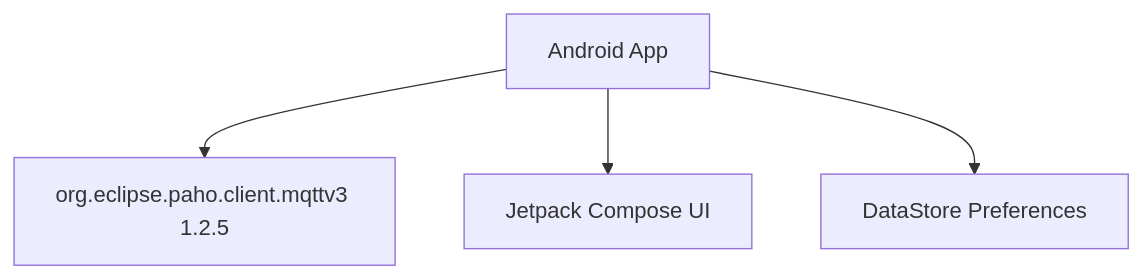
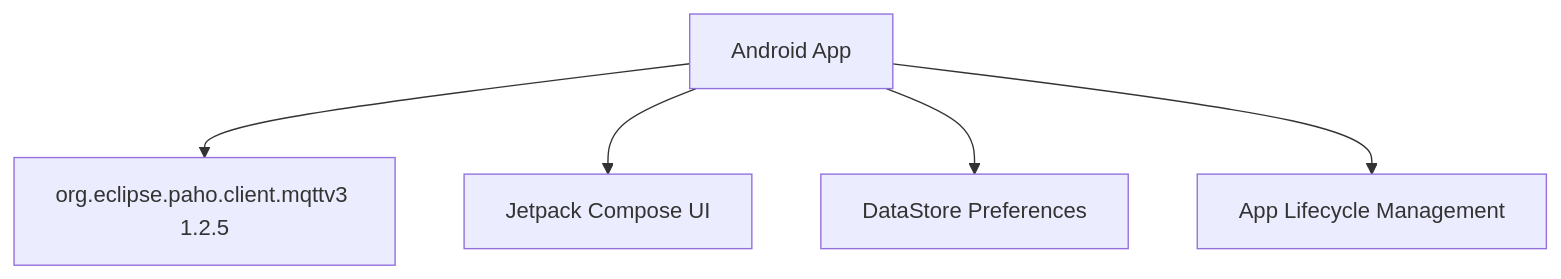
The seventh of 7 diagrams in .qoder/repowiki/en/content/Android Application/MQTT Communication Layer.md (dip16igor/Webradio), drawn with Mermaid before and after one commit. The commit also changed other lines of this file and 2 other files, not shown here.

First line of the commit message:
docs(mqtt): enhance lifecycle-aware MQTT connection management

````diff
--- a/.qoder/repowiki/en/content/Android Application/MQTT Communication Layer.md
+++ b/.qoder/repowiki/en/content/Android Application/MQTT Communication Layer.md
@@ -290,10 +329,12 @@
 ```mermaid
 graph TB
 App["Android App"]
 Paho["org.eclipse.paho.client.mqttv3 1.2.5"]
 Compose["Jetpack Compose UI"]
 DS["DataStore Preferences"]
+Lifecycle["App Lifecycle Management"]
 App --> Paho
 App --> Compose
 App --> DS
+App --> Lifecycle
 ```
````
